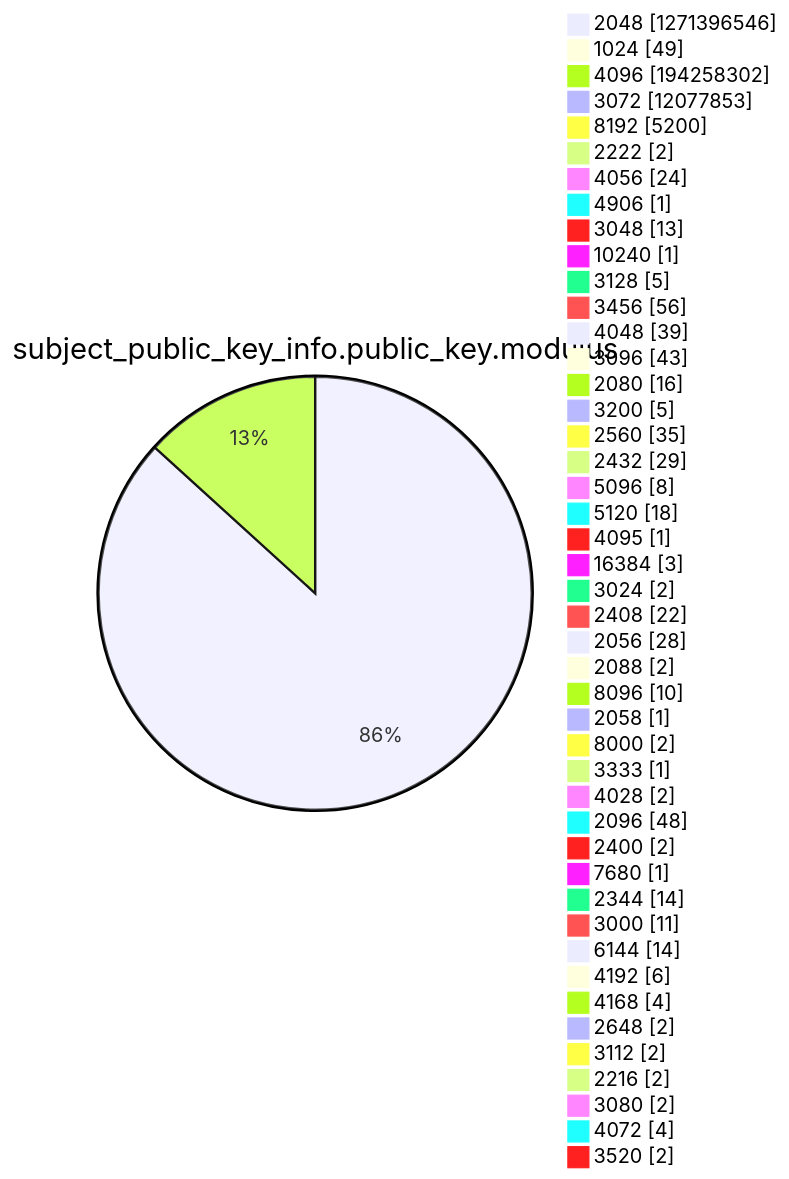
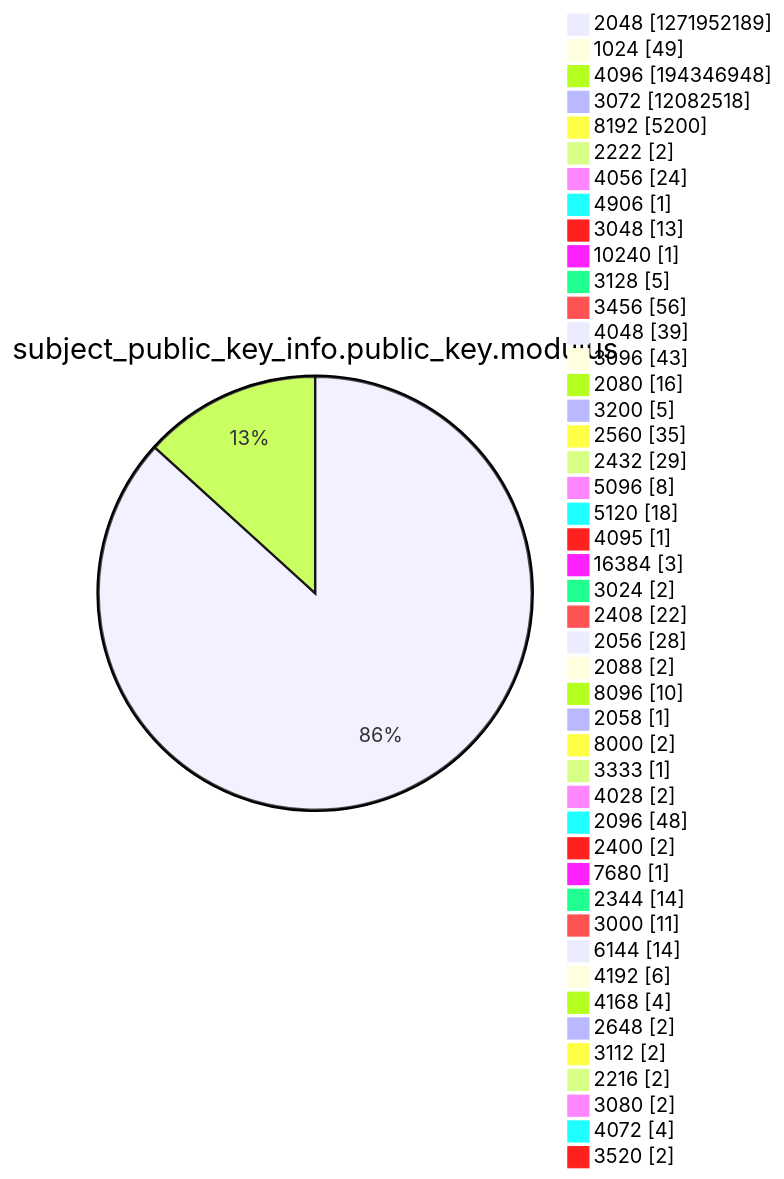
One commit to christiankrug/ctmonitor_visualization changed diagram 13 of 15 in xenon2022/README.md. Above: the diagram before and after it, drawn with Mermaid. The commit also changed other lines of this file, not shown here.

````diff
--- a/xenon2022/README.md
+++ b/xenon2022/README.md
@@ -3920,49 +3920,49 @@
 ```mermaid
 pie showData
 title subject_public_key_info.public_key.modulus
-"2048" :1271396546
+"2048" :1271952189
 "1024" :49
-"4096" :194258302
-"3072" :12077853
+"4096" :194346948
+"3072" :12082518
 "8192" :5200
 "2222" :2
 "4056" :24
 "4906" :1
 "3048" :13
 "10240" :1
 "3128" :5
 "3456" :56
 "4048" :39
 "3096" :43
 "2080" :16
 "3200" :5
 "2560" :35
 "2432" :29
 "5096" :8
 "5120" :18
 "4095" :1
 "16384" :3
 "3024" :2
 "2408" :22
 "2056" :28
 "2088" :2
 "8096" :10
 "2058" :1
 "8000" :2
 "3333" :1
 "4028" :2
 "2096" :48
 "2400" :2
 "7680" :1
 "2344" :14
 "3000" :11
 "6144" :14
 "4192" :6
 "4168" :4
 "2648" :2
 "3112" :2
 "2216" :2
 "3080" :2
 "4072" :4
 "3520" :2
 ```
````
